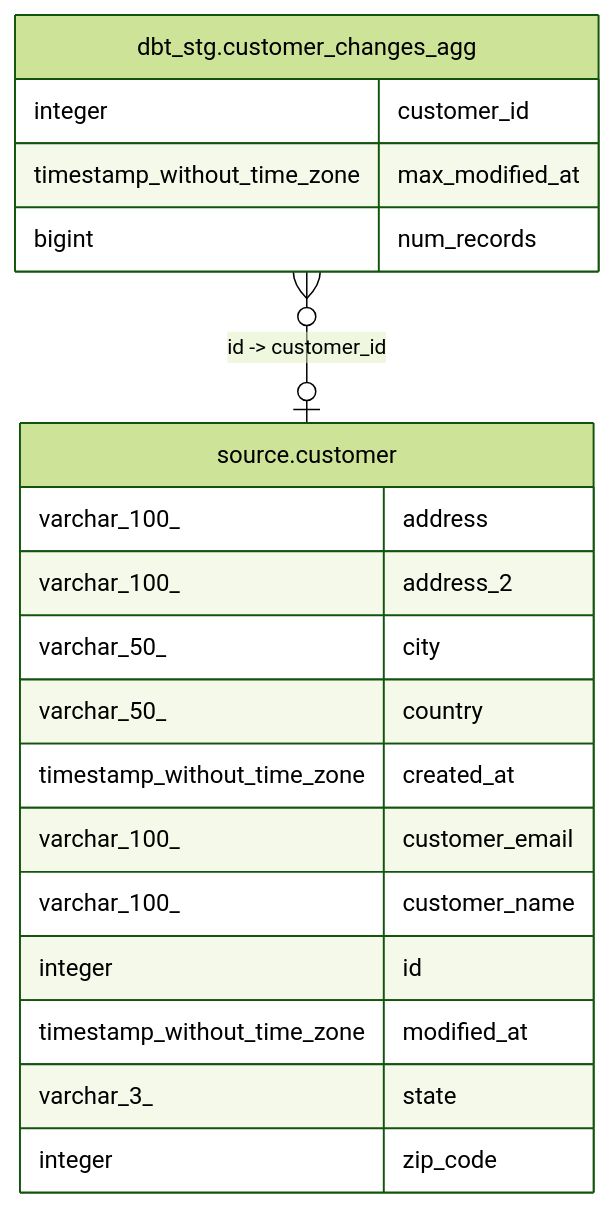
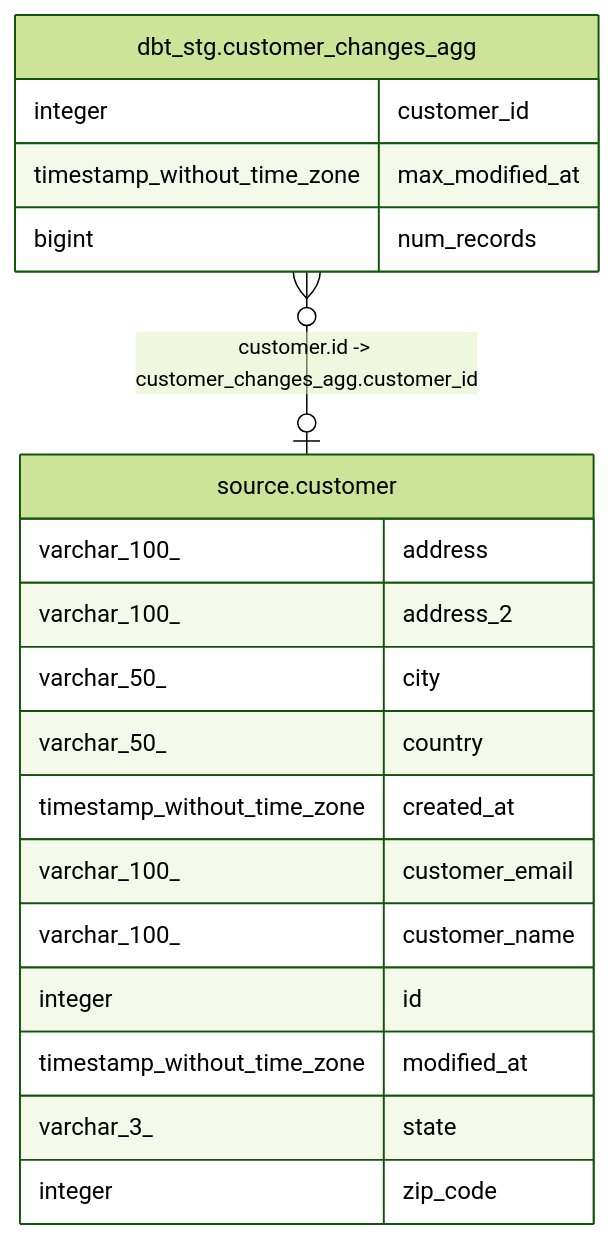
One commit to jyablonski/jyablonski_kimball_example changed the diagram in tbls/dbt_stg.customer_changes_agg.md. Above: the diagram before and after it, drawn with Mermaid (forest theme). The commit also changed 7 other files, not shown here.

````diff
--- a/tbls/dbt_stg.customer_changes_agg.md
+++ b/tbls/dbt_stg.customer_changes_agg.md
@@ -15,24 +15,24 @@
 ```mermaid
 erDiagram
 
-"dbt_stg.customer_changes_agg" }o--o| "source.customer" : "id -> customer_id"
+"dbt_stg.customer_changes_agg" }o--o| "source.customer" : "customer.id -> customer_changes_agg.customer_id"
 
 "dbt_stg.customer_changes_agg" {
   integer customer_id
   timestamp_without_time_zone max_modified_at
   bigint num_records
 }
 "source.customer" {
   varchar_100_ address
   varchar_100_ address_2
   varchar_50_ city
   varchar_50_ country
   timestamp_without_time_zone created_at
   varchar_100_ customer_email
   varchar_100_ customer_name
   integer id
   timestamp_without_time_zone modified_at
   varchar_3_ state
   integer zip_code
 }
 ```
````
